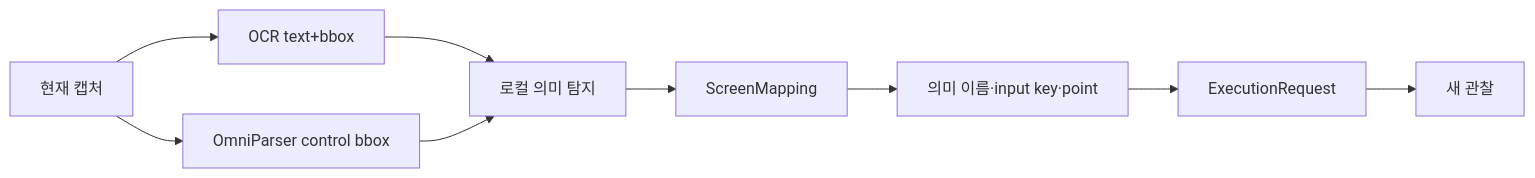
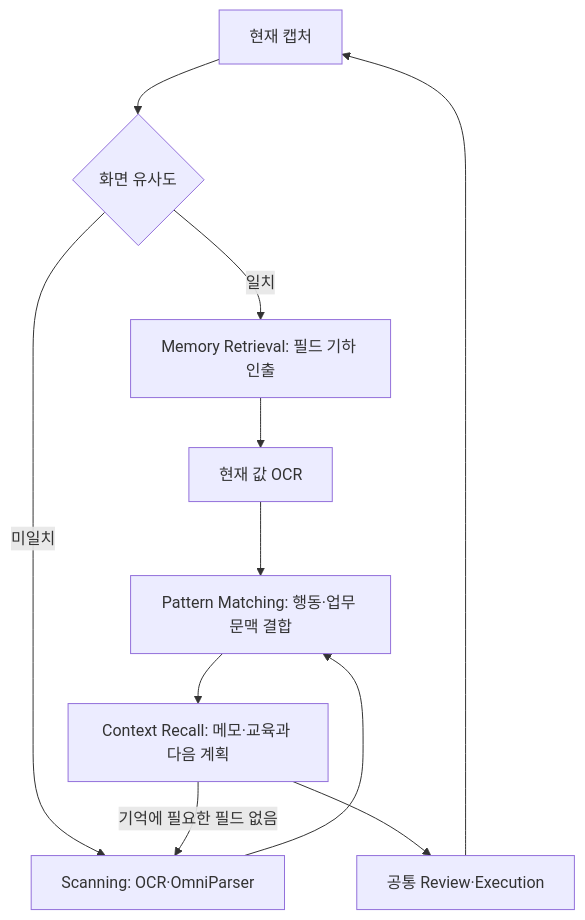
The third of 3 diagrams in docs/code-flow.md (Dreamtreeme/agent-sawon), drawn with Mermaid before and after one commit. The commit also changed other lines of this file and 19 other files, not shown here.

First line of the commit message:
feat: route observations by screen similarity before scanning

````diff
--- a/docs/code-flow.md
+++ b/docs/code-flow.md
@@ -57,11 +57,13 @@
 ```mermaid
-flowchart LR
-    CAP[현재 캡처] --> OCR[OCR text+bbox]
-    CAP --> BOX[OmniParser control bbox]
-    OCR --> LOCAL[로컬 의미 탐지]
-    BOX --> LOCAL
-    LOCAL --> MAP[ScreenMapping]
-    MAP --> PLAN[의미 이름·input key·point]
-    PLAN --> EXEC[ExecutionRequest]
-    EXEC --> NEW[새 관찰]
+flowchart TD
+    CAP[현재 캡처] --> SIM{화면 유사도}
+    SIM -->|일치| MEM[Memory Retrieval: 필드 기하 인출]
+    SIM -->|미일치| SCAN[Scanning: OCR·OmniParser]
+    MEM --> VALUES[현재 값 OCR]
+    VALUES --> MATCH[Pattern Matching: 행동·업무 문맥 결합]
+    SCAN --> MATCH
+    MATCH --> RECALL[Context Recall: 메모·교육과 다음 계획]
+    RECALL -->|기억에 필요한 필드 없음| SCAN
+    RECALL --> EXEC[공통 Review·Execution]
+    EXEC --> CAP
 ```
````
